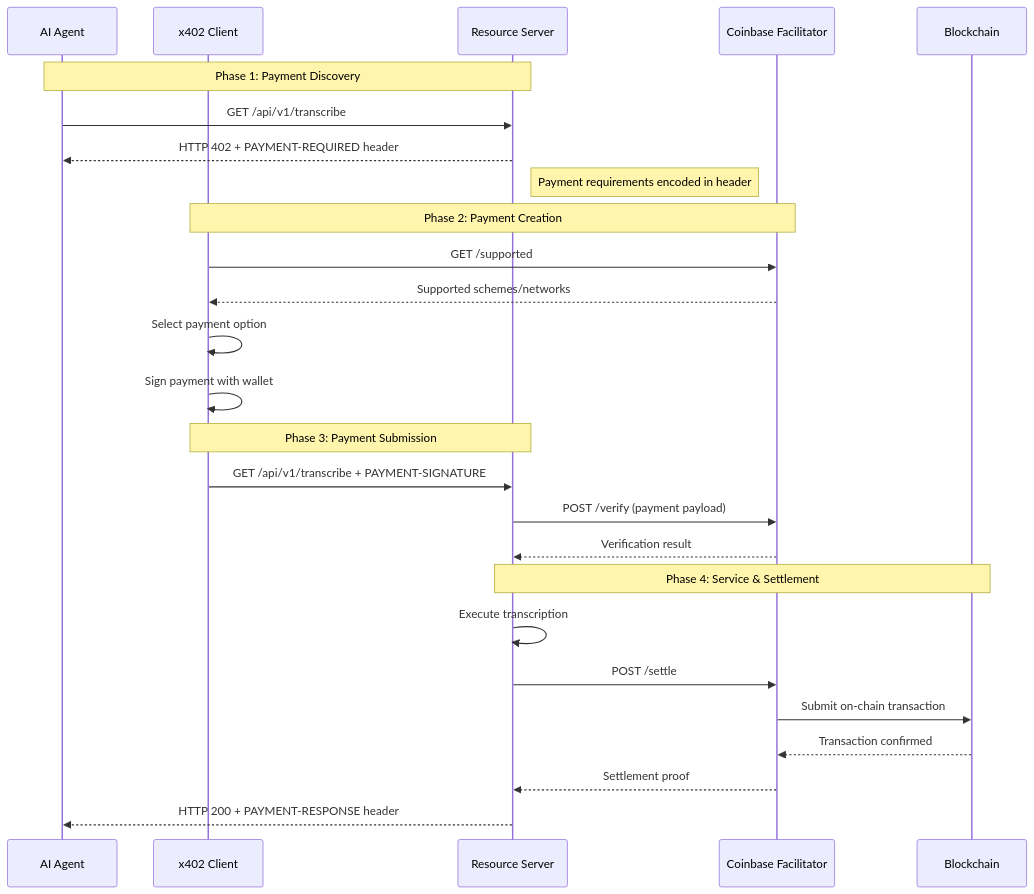
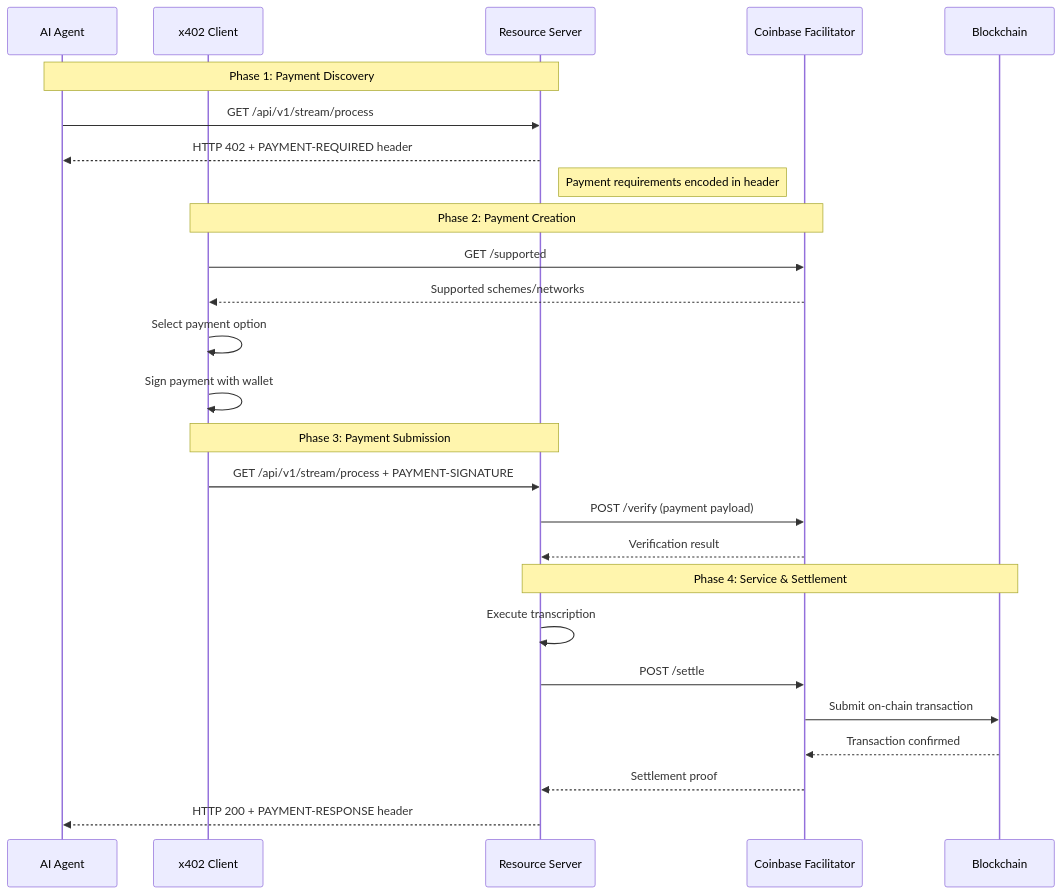
One commit to ad-astra-video/piow changed the second of 2 diagrams in docs/X402_PAYMENTS.md. Above: the diagram before and after it, drawn with Mermaid. The commit also changed other lines of this file and 10 other files, not shown here.

````diff
--- a/docs/X402_PAYMENTS.md
+++ b/docs/X402_PAYMENTS.md
@@ -81,32 +81,32 @@
 ```mermaid
 sequenceDiagram
     participant Agent as AI Agent
     participant Client as x402 Client
     participant Server as Resource Server
     participant Facilitator as Coinbase Facilitator
     participant Chain as Blockchain
 
     Note over Agent,Server: Phase 1: Payment Discovery
-    Agent->>Server: GET /api/v1/transcribe
+    Agent->>Server: GET /api/v1/stream/process
     Server-->>Agent: HTTP 402 + PAYMENT-REQUIRED header
     Note right of Server: Payment requirements encoded in header
 
     Note over Client,Facilitator: Phase 2: Payment Creation
     Client->>Facilitator: GET /supported
     Facilitator-->>Client: Supported schemes/networks
     Client->>Client: Select payment option
     Client->>Client: Sign payment with wallet
 
     Note over Client,Server: Phase 3: Payment Submission
-    Client->>Server: GET /api/v1/transcribe + PAYMENT-SIGNATURE
+    Client->>Server: GET /api/v1/stream/process + PAYMENT-SIGNATURE
     Server->>Facilitator: POST /verify (payment payload)
     Facilitator-->>Server: Verification result
 
     Note over Server,Chain: Phase 4: Service & Settlement
     Server->>Server: Execute transcription
     Server->>Facilitator: POST /settle
     Facilitator->>Chain: Submit on-chain transaction
     Chain-->>Facilitator: Transaction confirmed
     Facilitator-->>Server: Settlement proof
     Server-->>Agent: HTTP 200 + PAYMENT-RESPONSE header
 ```
````
